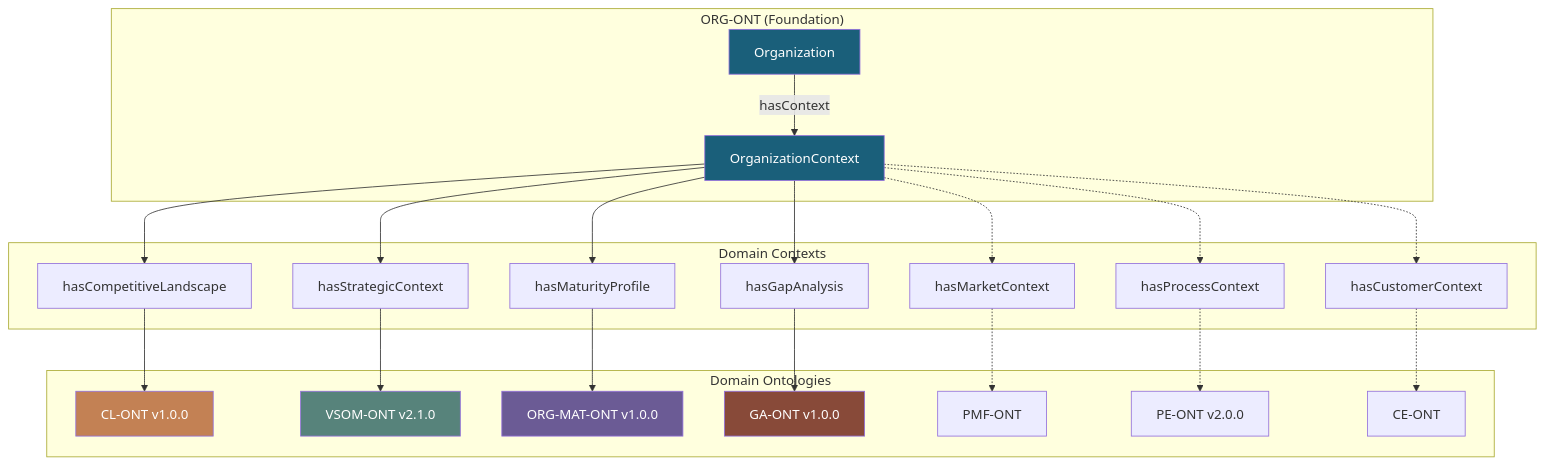
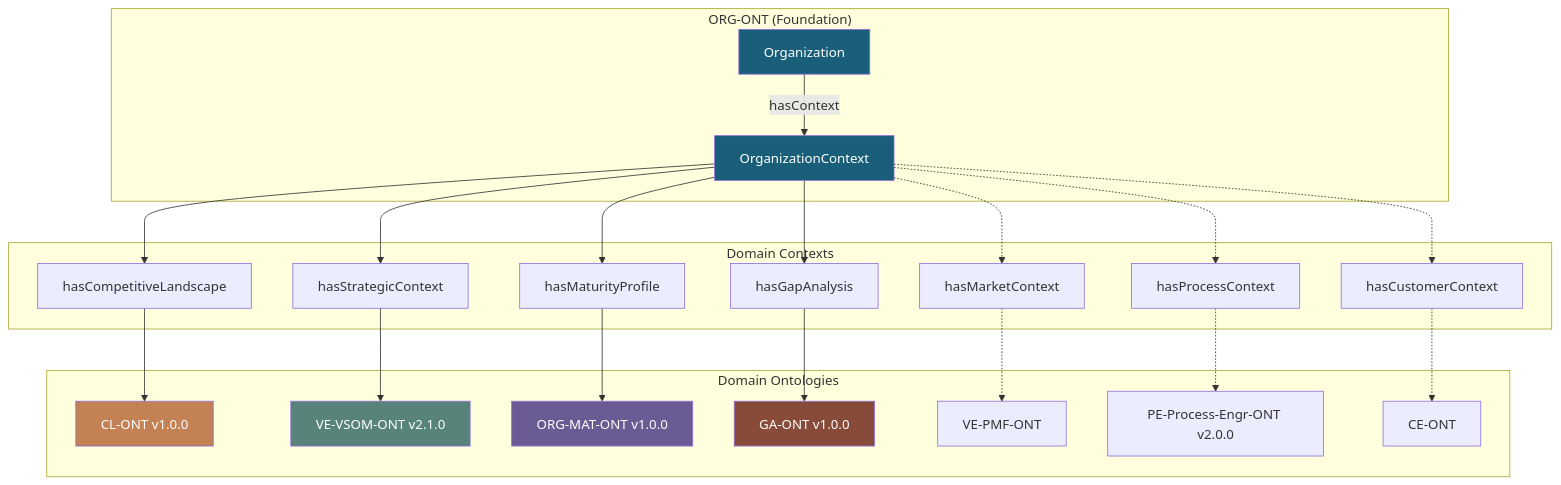
One commit to ajrmooreuk/Azlan-EA-AAA changed the fifth of 7 diagrams in PBS/ONTOLOGIES/ONTOLOGY-ARCHITECTURE.md. Above: the diagram before and after it, drawn with Mermaid. The commit also changed other lines of this file and 16 other files, not shown here.

First line of the commit message:
Update ONTOLOGY-ARCHITECTURE v2.0.0 and migrate ORG-ONT files

````diff
--- a/PBS/ONTOLOGIES/ONTOLOGY-ARCHITECTURE.md
+++ b/PBS/ONTOLOGIES/ONTOLOGY-ARCHITECTURE.md
@@ -253,43 +392,43 @@
 ```mermaid
 graph TB
     subgraph "ORG-ONT (Foundation)"
         O[Organization]
         OC[OrganizationContext]
         O -->|hasContext| OC
     end
 
     subgraph "Domain Contexts"
         CL_B[hasCompetitiveLandscape]
         VS_B[hasStrategicContext]
         MAT_B[hasMaturityProfile]
         GA_B[hasGapAnalysis]
         PM_B[hasMarketContext]
         PE_B[hasProcessContext]
         CE_B[hasCustomerContext]
     end
 
     subgraph "Domain Ontologies"
         CL_O[CL-ONT v1.0.0]
-        VS_O[VSOM-ONT v2.1.0]
+        VS_O[VE-VSOM-ONT v2.1.0]
         MAT_O[ORG-MAT-ONT v1.0.0]
         GA_O[GA-ONT v1.0.0]
-        PM_O[PMF-ONT]
-        PE_O[PE-ONT v2.0.0]
+        PM_O[VE-PMF-ONT]
+        PE_O[PE-Process-Engr-ONT v2.0.0]
         CE_O[CE-ONT]
     end
 
     OC --> CL_B --> CL_O
     OC --> VS_B --> VS_O
     OC --> MAT_B --> MAT_O
     OC --> GA_B --> GA_O
     OC -.-> PM_B -.-> PM_O
     OC -.-> PE_B -.-> PE_O
     OC -.-> CE_B -.-> CE_O
 
     style O fill:#1a5f7a,color:#fff
     style OC fill:#1a5f7a,color:#fff
     style CL_O fill:#c38154,color:#fff
     style VS_O fill:#57837b,color:#fff
     style MAT_O fill:#6b5b95,color:#fff
     style GA_O fill:#884a39,color:#fff
 ```
````
